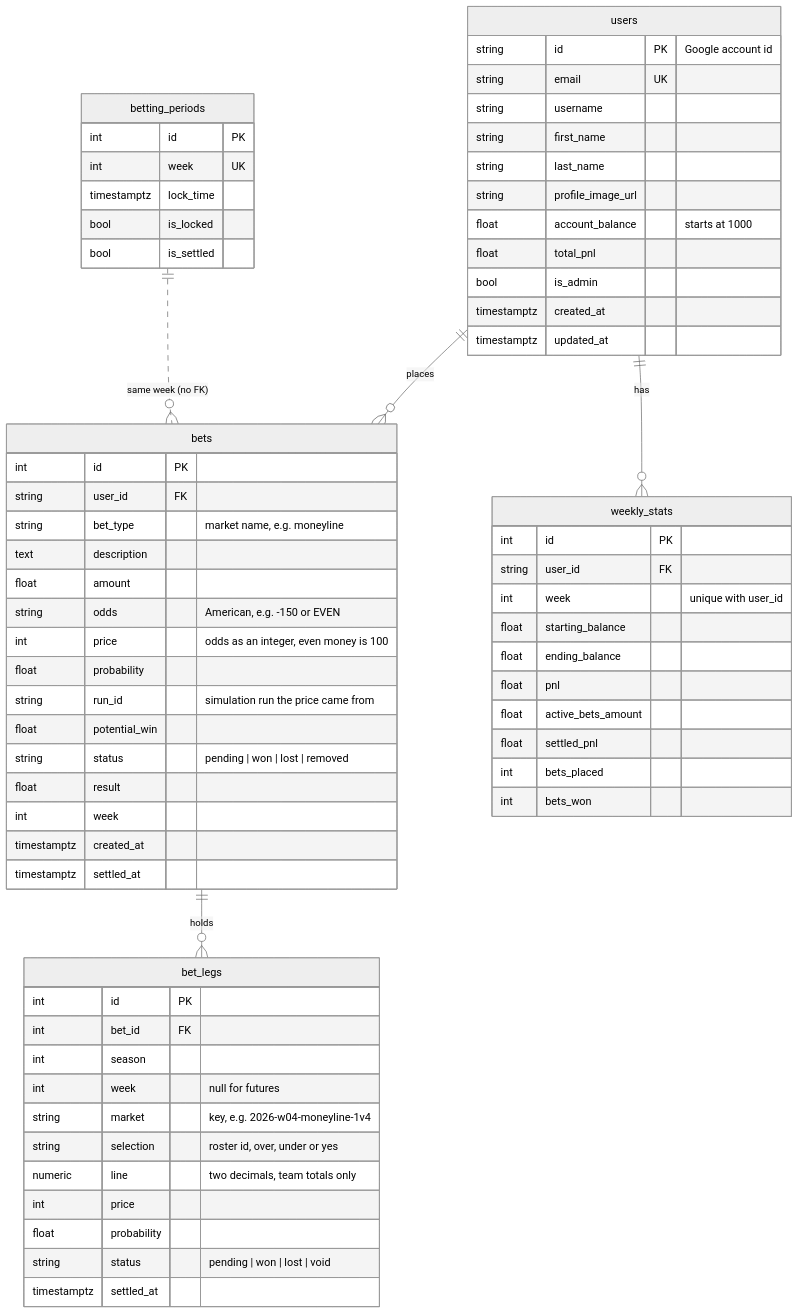
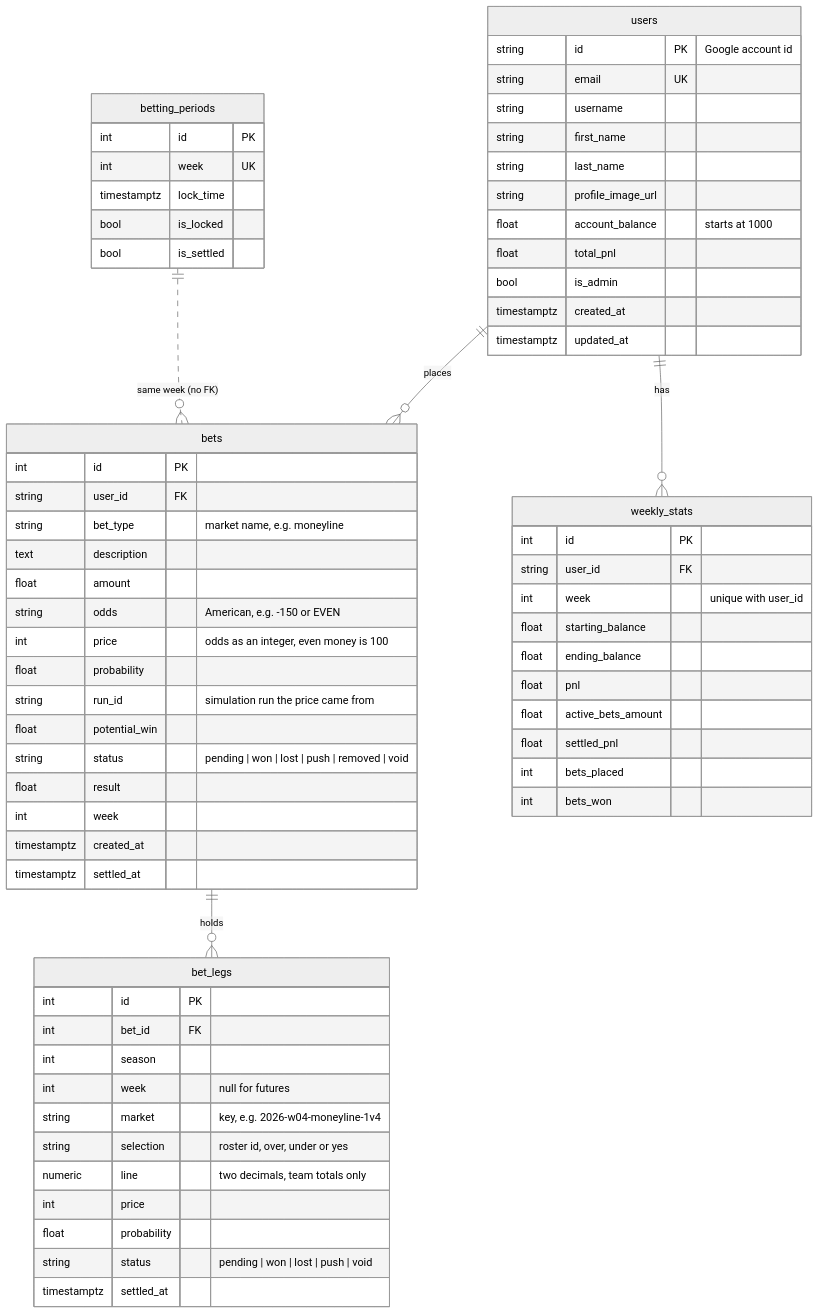
Before and after one commit to sfaizi24/TNCasino: the second of 3 diagrams in docs/architecture/04-data-model.md, drawn with Mermaid (neutral theme). The commit also changed other lines of this file and 3 other files, not shown here.

First line of the commit message:
Document settlement by market key, push and void

````diff
--- a/docs/architecture/04-data-model.md
+++ b/docs/architecture/04-data-model.md
@@ -104,70 +104,70 @@
 ```mermaid
 erDiagram
     users ||--o{ bets : places
     users ||--o{ weekly_stats : has
     bets ||--o{ bet_legs : holds
     betting_periods ||..o{ bets : "same week (no FK)"
 
     users {
         string id PK "Google account id"
         string email UK
         string username
         string first_name
         string last_name
         string profile_image_url
         float account_balance "starts at 1000"
         float total_pnl
         bool is_admin
         timestamptz created_at
         timestamptz updated_at
     }
     bets {
         int id PK
         string user_id FK
         string bet_type "market name, e.g. moneyline"
         text description
         float amount
         string odds "American, e.g. -150 or EVEN"
         int price "odds as an integer, even money is 100"
         float probability
         string run_id "simulation run the price came from"
         float potential_win
-        string status "pending | won | lost | removed"
+        string status "pending | won | lost | push | removed | void"
         float result
         int week
         timestamptz created_at
         timestamptz settled_at
     }
     bet_legs {
         int id PK
         int bet_id FK
         int season
         int week "null for futures"
         string market "key, e.g. 2026-w04-moneyline-1v4"
         string selection "roster id, over, under or yes"
         numeric line "two decimals, team totals only"
         int price
         float probability
-        string status "pending | won | lost | void"
+        string status "pending | won | lost | push | void"
         timestamptz settled_at
     }
     weekly_stats {
         int id PK
         string user_id FK
         int week "unique with user_id"
         float starting_balance
         float ending_balance
         float pnl
         float active_bets_amount
         float settled_pnl
         int bets_placed
         int bets_won
     }
     betting_periods {
         int id PK
         int week UK
         timestamptz lock_time
         bool is_locked
         bool is_settled
     }
 ```
````
